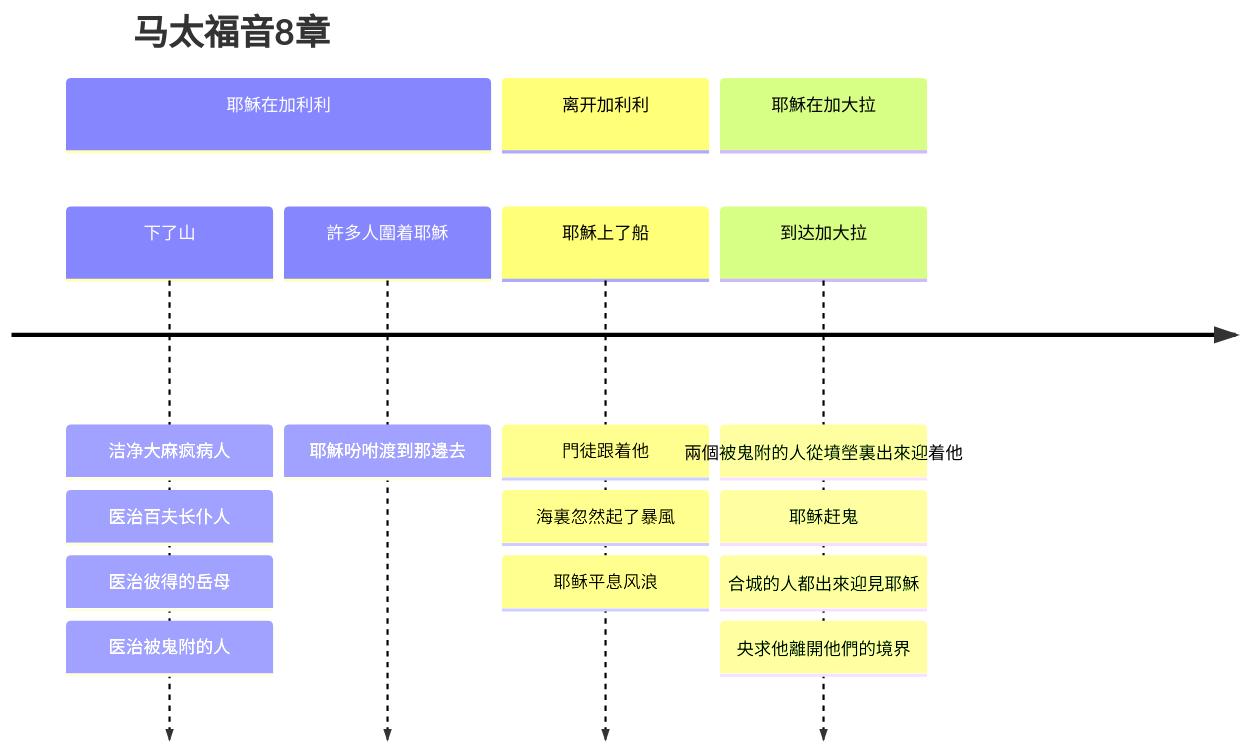
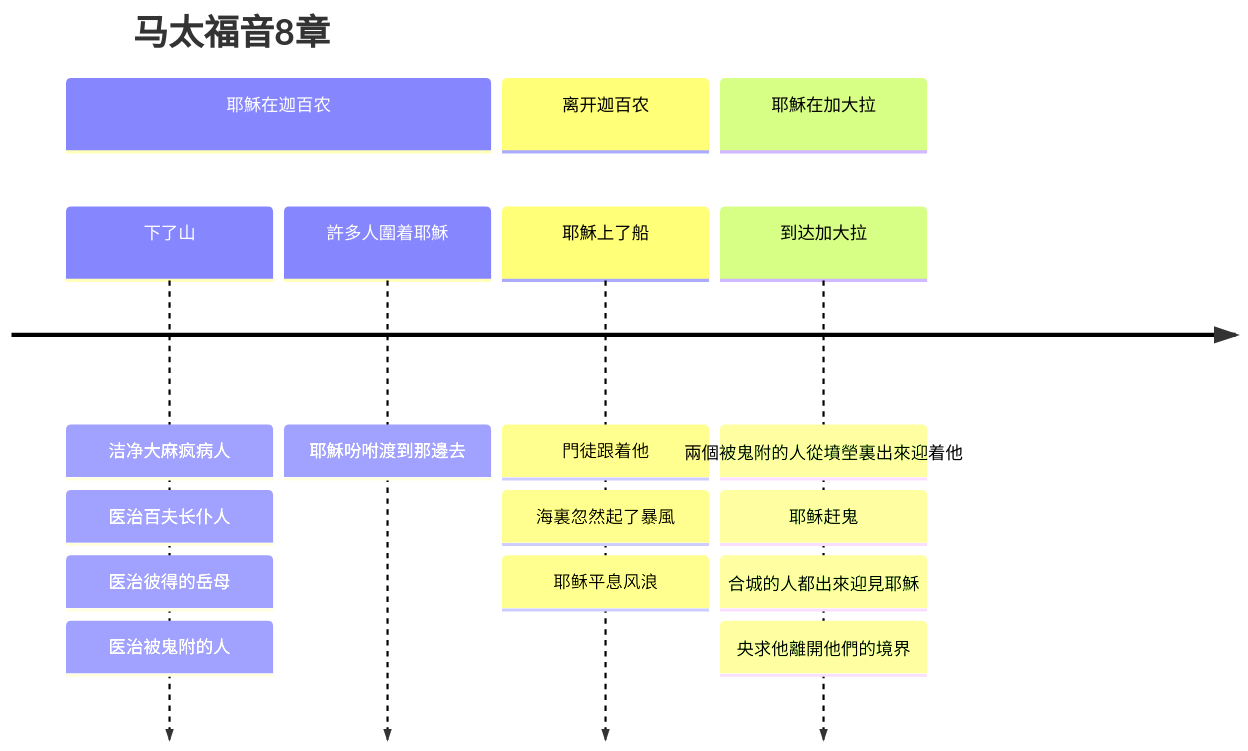
One commit to whysolution/bible_reading changed the seventh of 8 diagrams in Matthew.md. Above: the diagram before and after it, drawn with Mermaid. The commit also changed other lines of this file, not shown here.

````diff
--- a/Matthew.md
+++ b/Matthew.md
@@ -737,11 +737,11 @@
 ```mermaid
 timeline
   title 马太福音8章
-  section 耶穌在加利利
+  section 耶穌在迦百农
   下了山 : 洁净大麻疯病人 : 医治百夫长仆人 : 医治彼得的岳母 : 医治被鬼附的人
   許多人圍着耶穌 : 耶穌吩咐渡到那邊去
-  section 离开加利利
+  section 离开迦百农
   耶穌上了船 : 門徒跟着他 : 海裏忽然起了暴風  : 耶稣平息风浪
   section 耶穌在加大拉
   到达加大拉 : 兩個被鬼附的人從墳塋裏出來迎着他 : 耶稣赶鬼 : 合城的人都出來迎見耶穌 : 央求他離開他們的境界
 ```
````
